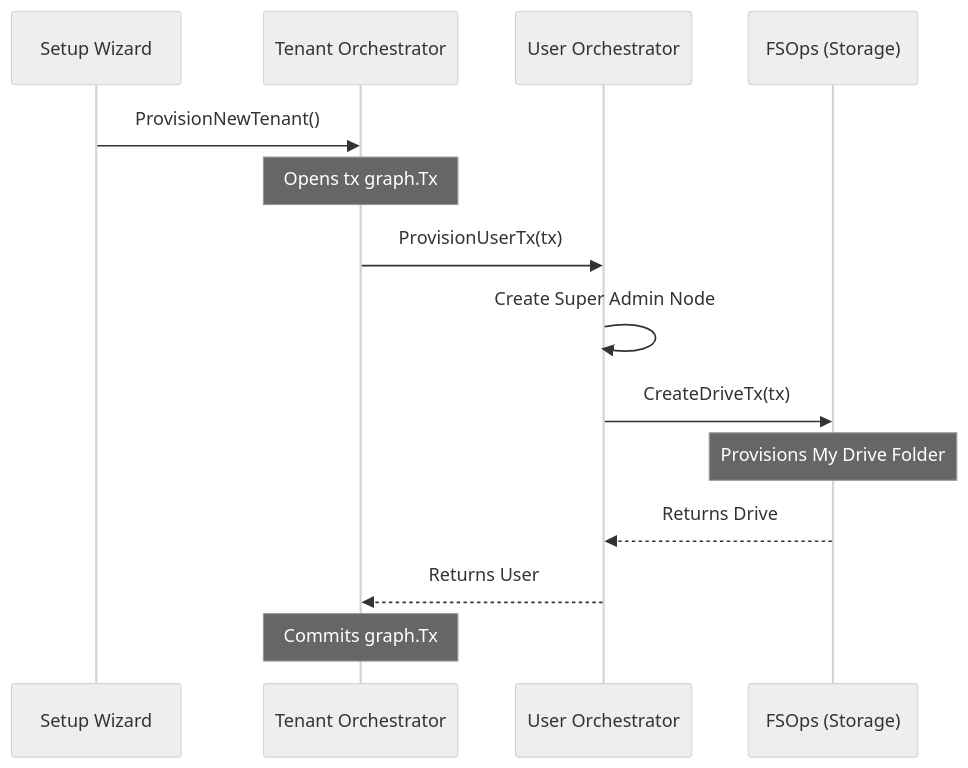
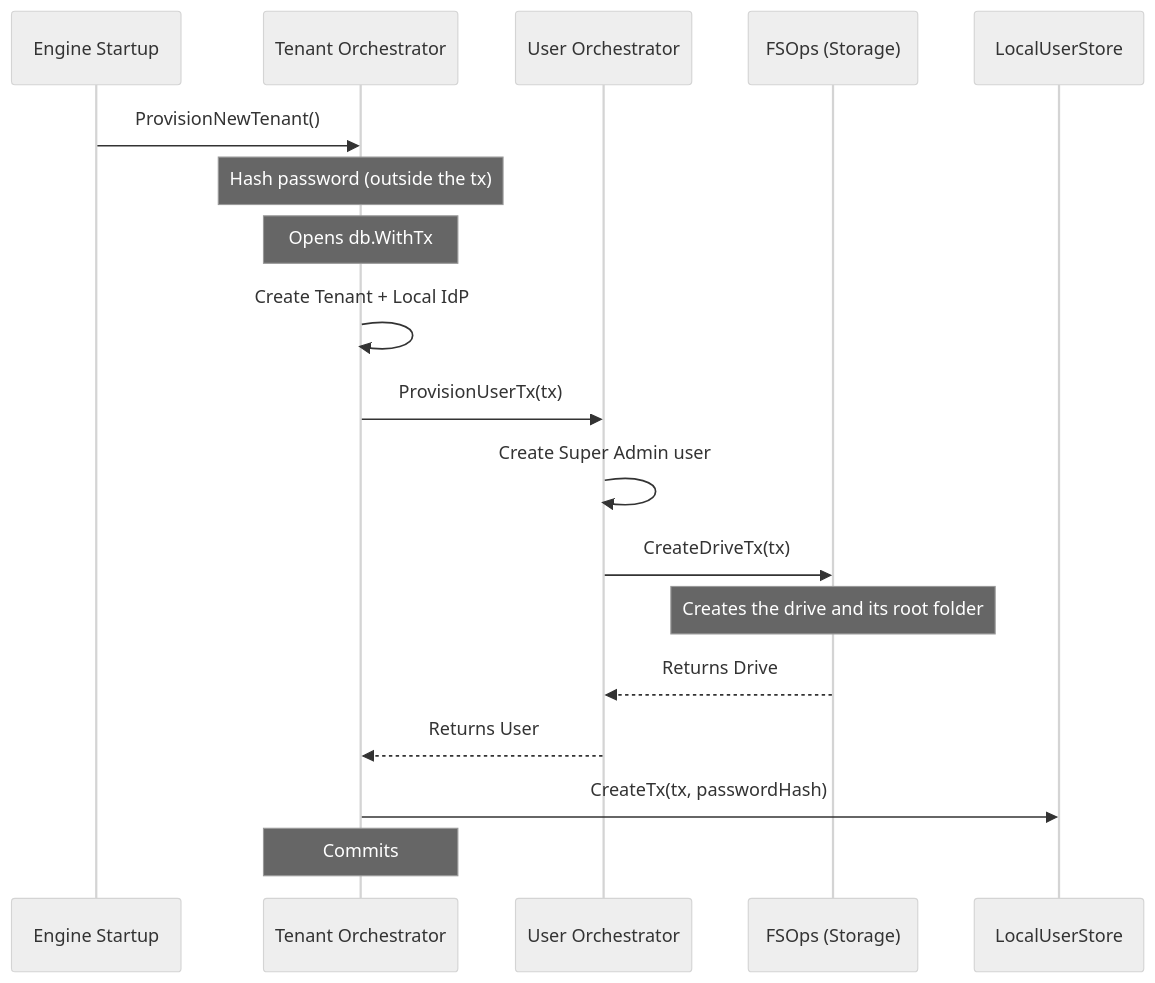
The diagram in docs/content/docs/(contributors)/e2e-flows/initial-setup.mdx (platrium-app/platrium), drawn with Mermaid (neutral theme) before and after one commit. The commit also changed other lines of this file and 75 other files, not shown here.

````diff
--- a/docs/content/docs/(contributors)/e2e-flows/initial-setup.mdx
+++ b/docs/content/docs/(contributors)/e2e-flows/initial-setup.mdx
@@ -47,20 +42,24 @@
 ```mermaid
 sequenceDiagram
-    participant API as Setup Wizard
+    participant API as Engine Startup
     participant TO as Tenant Orchestrator
     participant UO as User Orchestrator
     participant FS as FSOps (Storage)
+    participant LU as LocalUserStore
 
     API->>TO: ProvisionNewTenant()
-    Note over TO: Opens tx graph.Tx
+    Note over TO: Hash password (outside the tx)
+    Note over TO: Opens db.WithTx
     
+    TO->>TO: Create Tenant + Local IdP
     TO->>UO: ProvisionUserTx(tx)
-    UO->>UO: Create Super Admin Node
+    UO->>UO: Create Super Admin user
     
     UO->>FS: CreateDriveTx(tx)
-    Note over FS: Provisions My Drive Folder
+    Note over FS: Creates the drive and its root folder
     FS-->>UO: Returns Drive
     
     UO-->>TO: Returns User
-    Note over TO: Commits graph.Tx
+    TO->>LU: CreateTx(tx, passwordHash)
+    Note over TO: Commits
 ```
````
